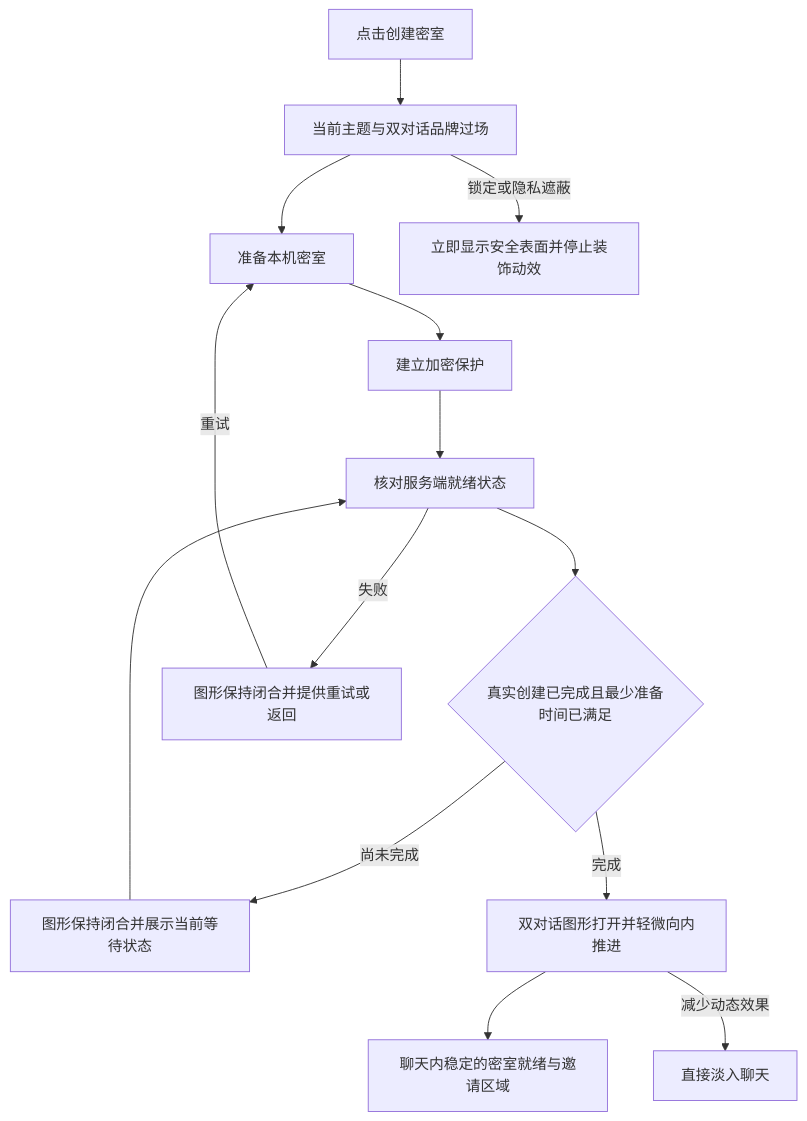
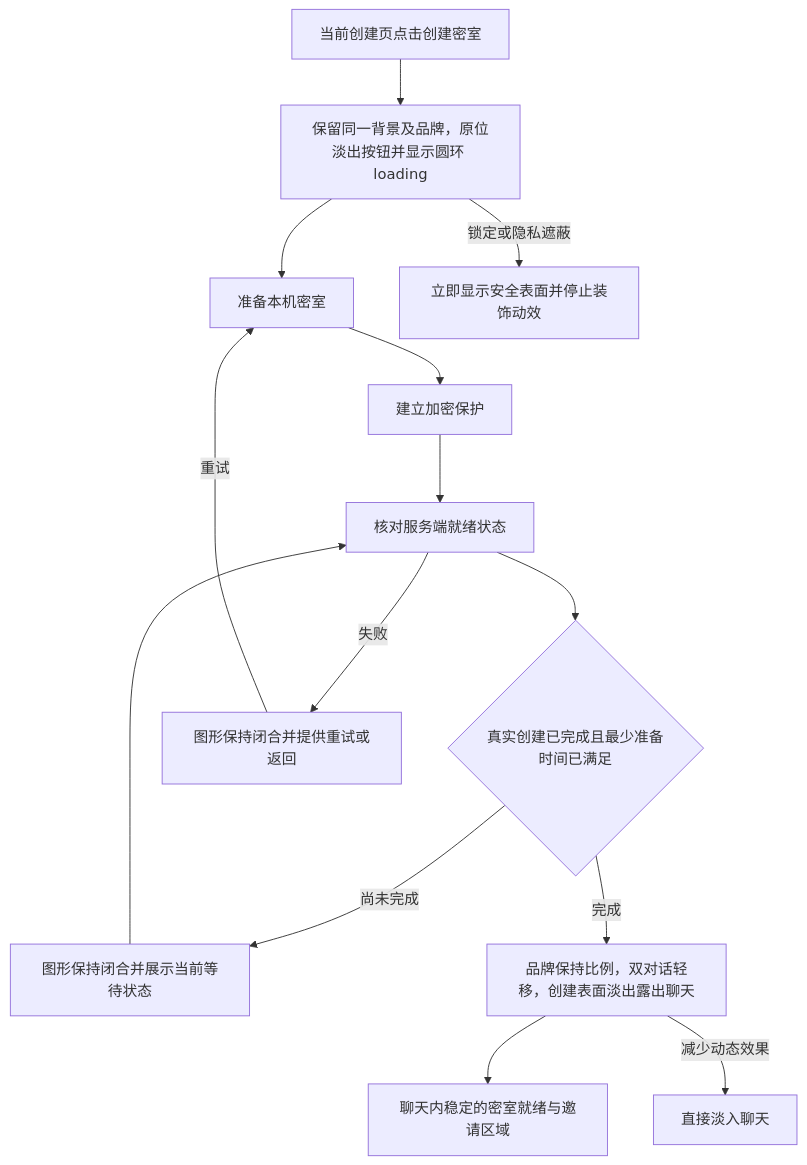
The first of 6 diagrams in docs/requirements/2026-10-23-settings-17-prototype/flow.md (zdaiwmm/shui-IM), drawn with Mermaid before and after one commit. The commit also changed other lines of this file and 6 other files, not shown here.

````diff
--- a/docs/requirements/2026-10-23-settings-17-prototype/flow.md
+++ b/docs/requirements/2026-10-23-settings-17-prototype/flow.md
@@ -8,16 +8,16 @@
 ```mermaid
 flowchart TD
-  A[点击创建密室] --> B[当前主题与双对话品牌过场]
+  A[当前创建页点击创建密室] --> B[保留同一背景及品牌，原位淡出按钮并显示圆环 loading]
   B --> C[准备本机密室]
   C --> D[建立加密保护]
   D --> E[核对服务端就绪状态]
   E --> F{真实创建已完成且最少准备时间已满足}
   F -->|尚未完成| G[图形保持闭合并展示当前等待状态]
   G --> E
   E -->|失败| H[图形保持闭合并提供重试或返回]
   H -->|重试| C
-  F -->|完成| I[双对话图形打开并轻微向内推进]
+  F -->|完成| I[品牌保持比例，双对话轻移，创建表面淡出露出聊天]
   I --> J[聊天内稳定的密室就绪与邀请区域]
   I -->|减少动态效果| K[直接淡入聊天]
   B -->|锁定或隐私遮蔽| L[立即显示安全表面并停止装饰动效]
 ```
````
